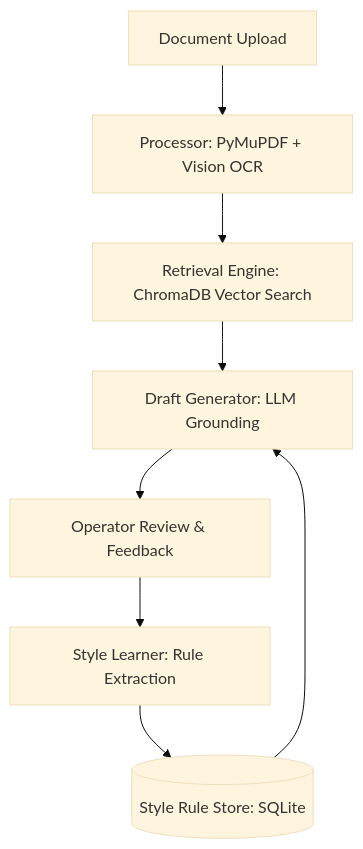
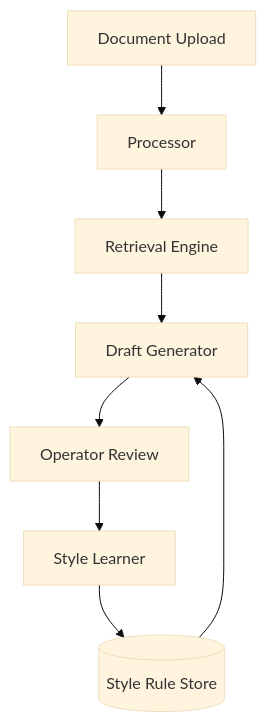
One commit to ApurboShib/Project_0.2 changed the diagram in README.md. Above: the diagram before and after it, drawn with Mermaid (base theme). The commit also changed other lines of this file and 3 other files, not shown here.

````diff
--- a/README.md
+++ b/README.md
@@ -23,10 +19,10 @@
 ```mermaid
 graph TD
-    A[Document Upload] --> B[Processor: PyMuPDF + Vision OCR]
-    B --> C[Retrieval Engine: ChromaDB Vector Search]
-    C --> D[Draft Generator: LLM Grounding]
-    D --> E[Operator Review & Feedback]
-    E --> F[Style Learner: Rule Extraction]
-    F --> G[(Style Rule Store: SQLite)]
+    A[Document Upload] --> B[Processor]
+    B --> C[Retrieval Engine]
+    C --> D[Draft Generator]
+    D --> E[Operator Review]
+    E --> F[Style Learner]
+    F --> G[(Style Rule Store)]
     G --> D
 ```
````
